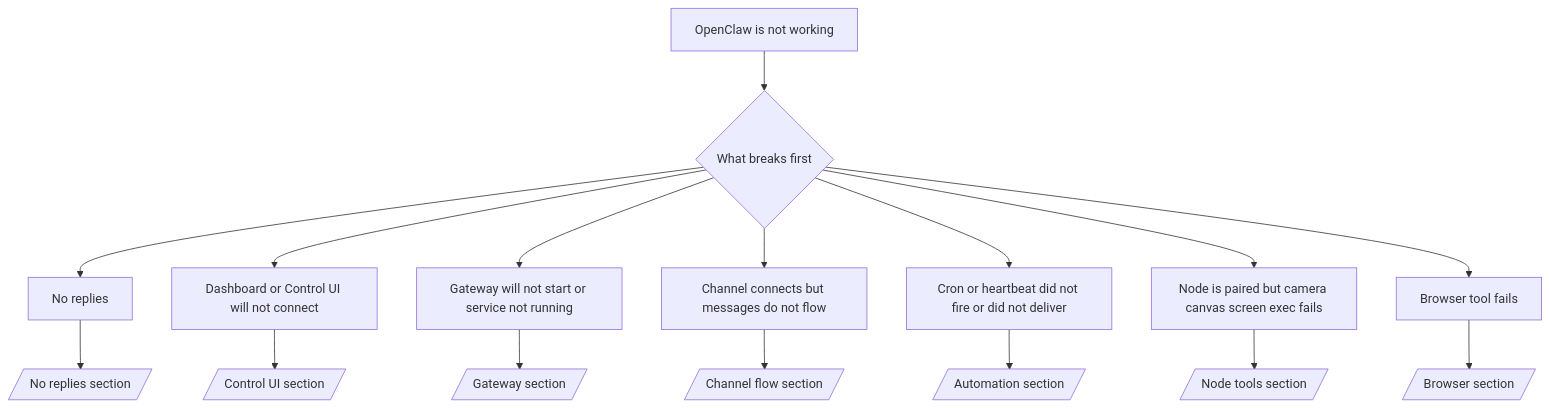
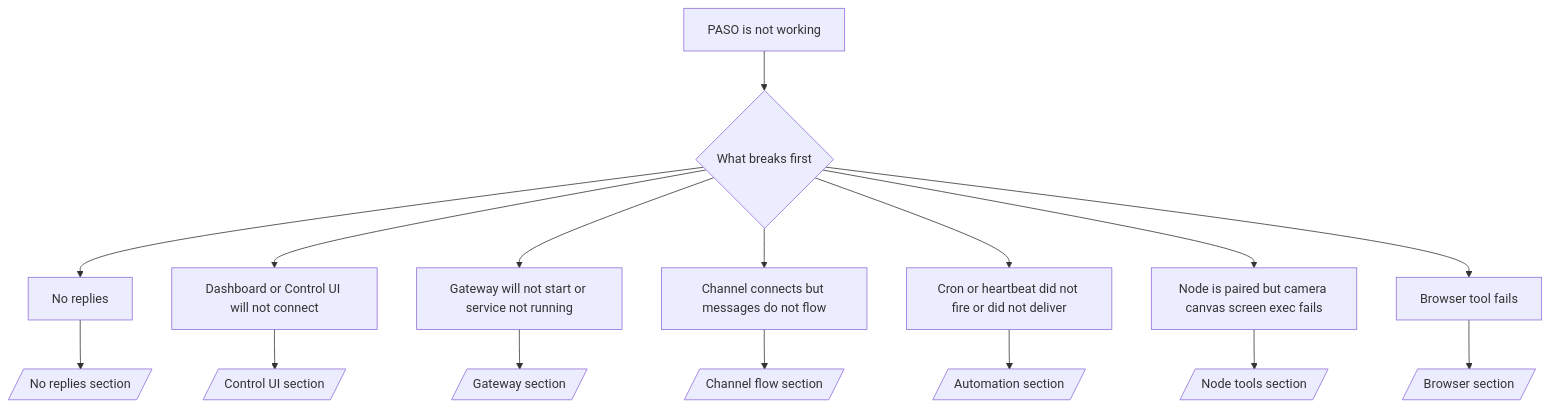
The diagram in docs/help/troubleshooting.md (celaya-solutions/PASO-AGENT), drawn with Mermaid before and after one commit. The commit also changed other lines of this file and 4928 other files, not shown here.

Commit message:
Rebrand OpenClaw user surfaces as PASO

````diff
--- a/docs/help/troubleshooting.md
+++ b/docs/help/troubleshooting.md
@@ -186,19 +186,19 @@
 ```mermaid
 flowchart TD
-  A[OpenClaw is not working] --> B{What breaks first}
+  A[PASO is not working] --> B{What breaks first}
   B --> C[No replies]
   B --> D[Dashboard or Control UI will not connect]
   B --> E[Gateway will not start or service not running]
   B --> F[Channel connects but messages do not flow]
   B --> G[Cron or heartbeat did not fire or did not deliver]
   B --> H[Node is paired but camera canvas screen exec fails]
   B --> I[Browser tool fails]
 
   C --> C1[/No replies section/]
   D --> D1[/Control UI section/]
   E --> E1[/Gateway section/]
   F --> F1[/Channel flow section/]
   G --> G1[/Automation section/]
   H --> H1[/Node tools section/]
   I --> I1[/Browser section/]
 ```
````
